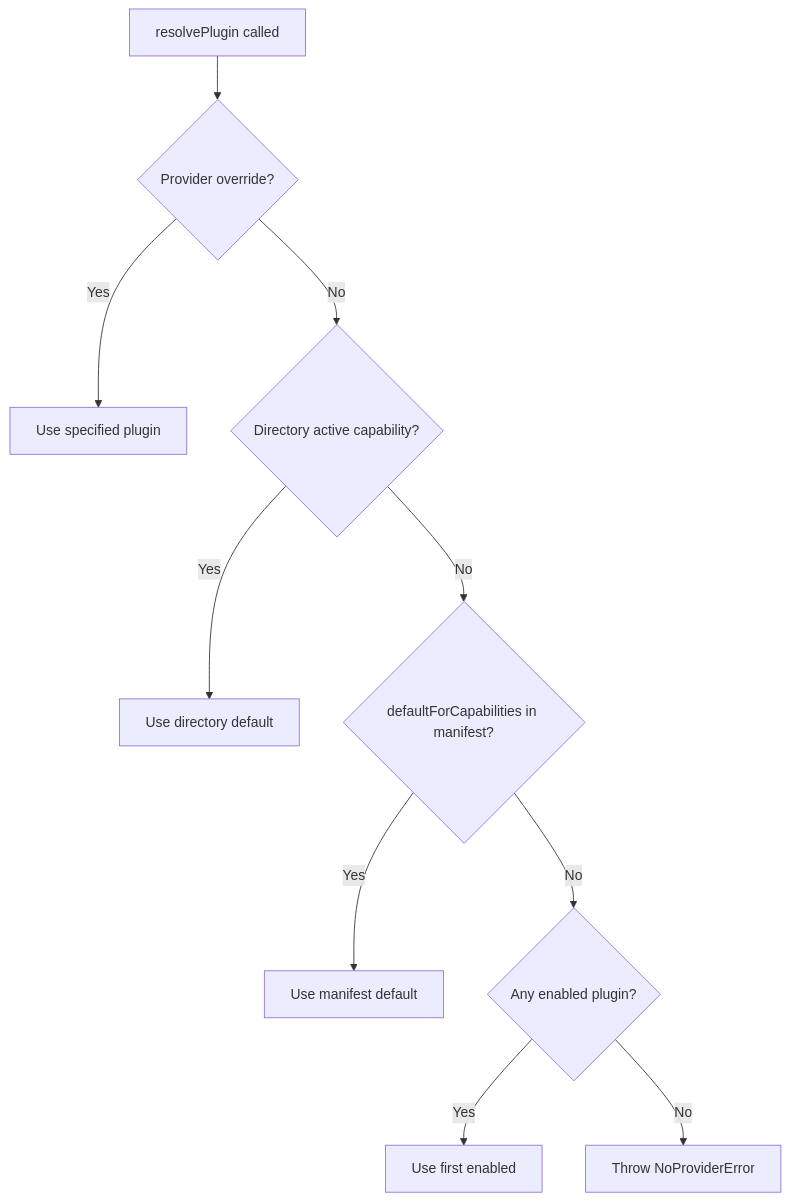
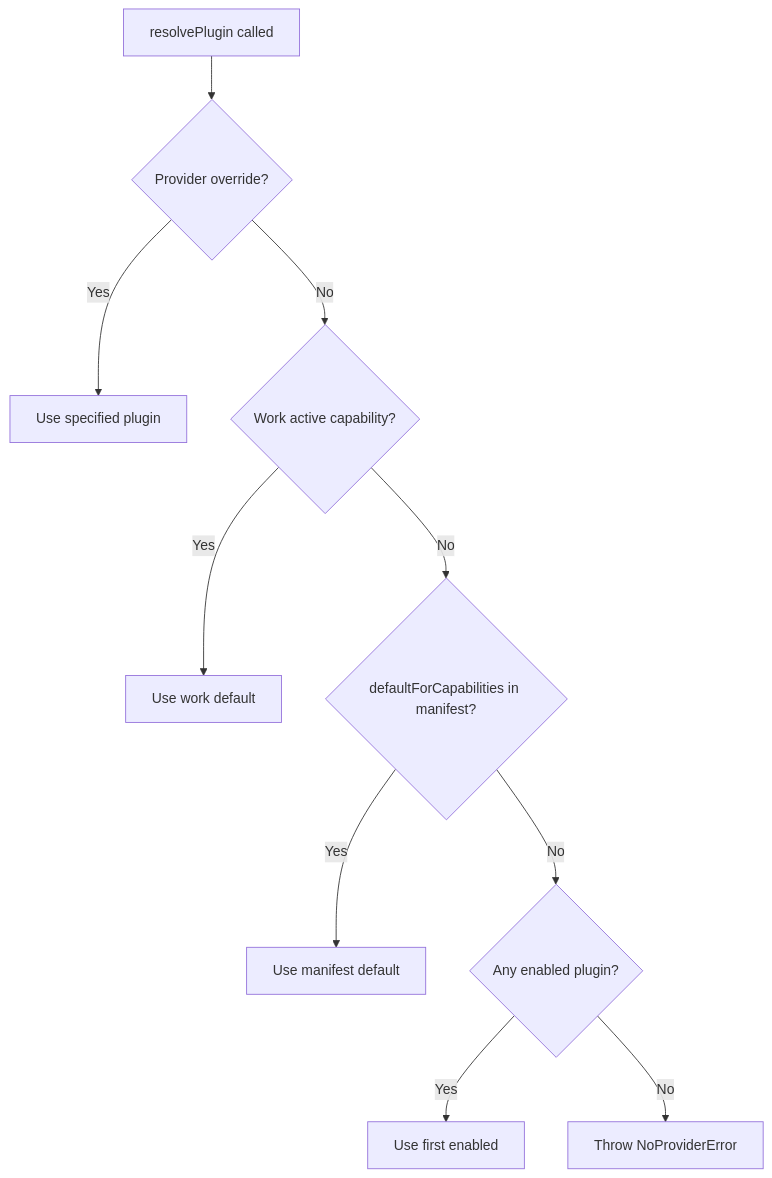
One commit to ever-works/ever-works changed the second of 3 diagrams in docs/agent-services/facades-module.md. Above: the diagram before and after it, drawn with Mermaid. The commit also changed other lines of this file and 395 other files, not shown here.

````diff
--- a/docs/agent-services/facades-module.md
+++ b/docs/agent-services/facades-module.md
@@ -81,12 +81,12 @@
 ```mermaid
 flowchart TD
     A[resolvePlugin called] --> B{Provider override?}
     B -->|Yes| C[Use specified plugin]
-    B -->|No| D{Directory active capability?}
-    D -->|Yes| E[Use directory default]
+    B -->|No| D{Work active capability?}
+    D -->|Yes| E[Use work default]
     D -->|No| F{defaultForCapabilities in manifest?}
     F -->|Yes| G[Use manifest default]
     F -->|No| H{Any enabled plugin?}
     H -->|Yes| I[Use first enabled]
     H -->|No| J[Throw NoProviderError]
 ```
````
